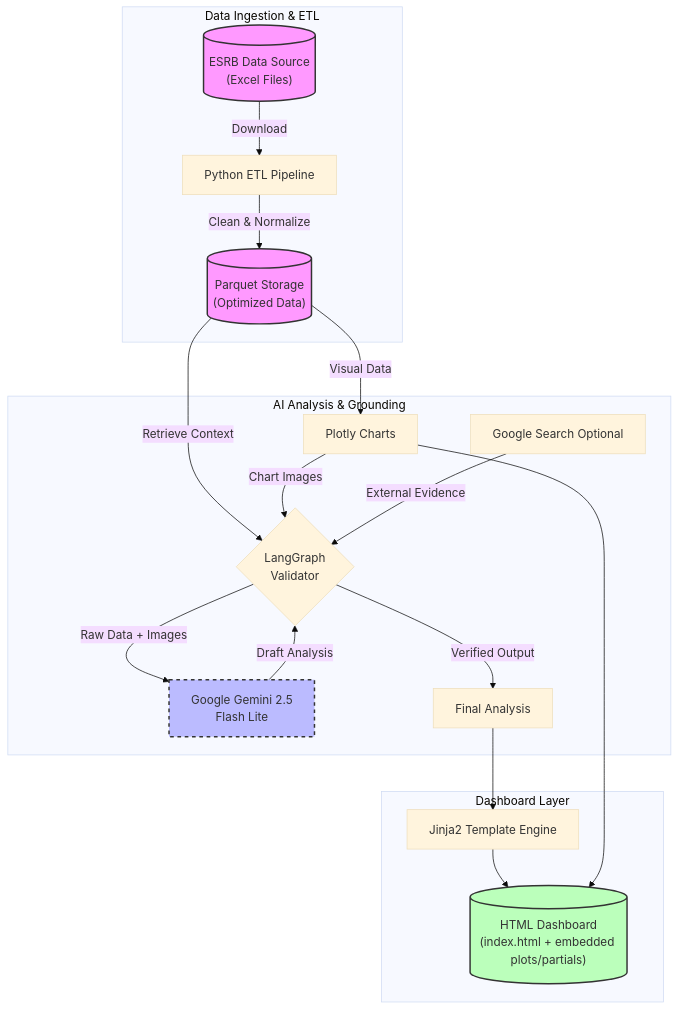
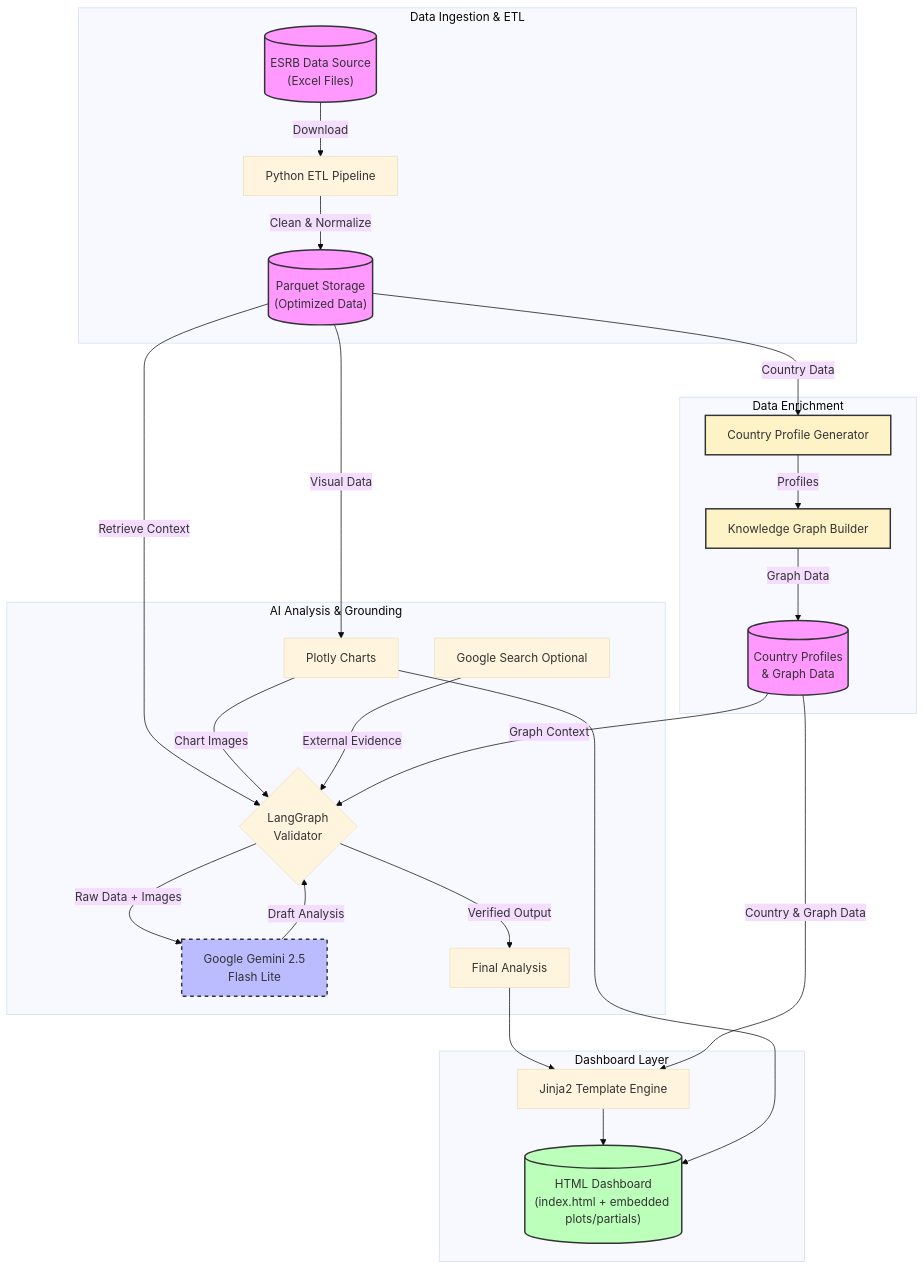
The diagram in README.md (palicza2/Macroprudential-policy-hub), drawn with Mermaid (base theme) before and after one commit. The commit also changed other lines of this file and 10 other files, not shown here.

First line of the commit message:
Add Country Profiles and Knowledge Graph Analysis features

````diff
--- a/README.md
+++ b/README.md
@@ -70,27 +76,38 @@
 ```mermaid
 graph TD
     subgraph Data_Ingestion ["Data Ingestion & ETL"]
         A[("ESRB Data Source<br/>(Excel Files)")] -->|Download| B[Python ETL Pipeline]
         B -->|Clean & Normalize| C[("Parquet Storage<br/>(Optimized Data)")]
     end
 
     subgraph AI_Core ["AI Analysis & Grounding"]
         C -->|Retrieve Context| D{LangGraph<br/>Validator}
         H -->|Chart Images| D
         J[Google Search Optional] -->|External Evidence| D
         D -->|Raw Data + Images| E[Google Gemini 2.5<br/>Flash Lite]
         E -->|Draft Analysis| D
         D -->|Verified Output| F[Final Analysis]
     end
 
+    subgraph Data_Enrichment ["Data Enrichment"]
+        C -->|Country Data| K[Country Profile Generator]
+        K -->|Profiles| L[Knowledge Graph Builder]
+        L -->|Graph Data| M[("Country Profiles<br/>& Graph Data")]
+        M -->|Graph Context| D
+    end
+
     subgraph Presentation ["Dashboard Layer"]
         F --> G[Jinja2 Template Engine]
         C -->|Visual Data| H[Plotly Charts]
+        M -->|Country & Graph Data| G
         G & H --> I[("HTML Dashboard<br/>(index.html + embedded plots/partials)")]
     end
 
     style A fill:#f9f,stroke:#333,stroke-width:2px
     style C fill:#f9f,stroke:#333,stroke-width:2px
     style E fill:#bbf,stroke:#333,stroke-width:2px,stroke-dasharray: 5 5
+    style K fill:#fef3c7,stroke:#333,stroke-width:2px
+    style L fill:#fef3c7,stroke:#333,stroke-width:2px
+    style M fill:#f9f,stroke:#333,stroke-width:2px
     style I fill:#bfb,stroke:#333,stroke-width:2px
 ```
````
